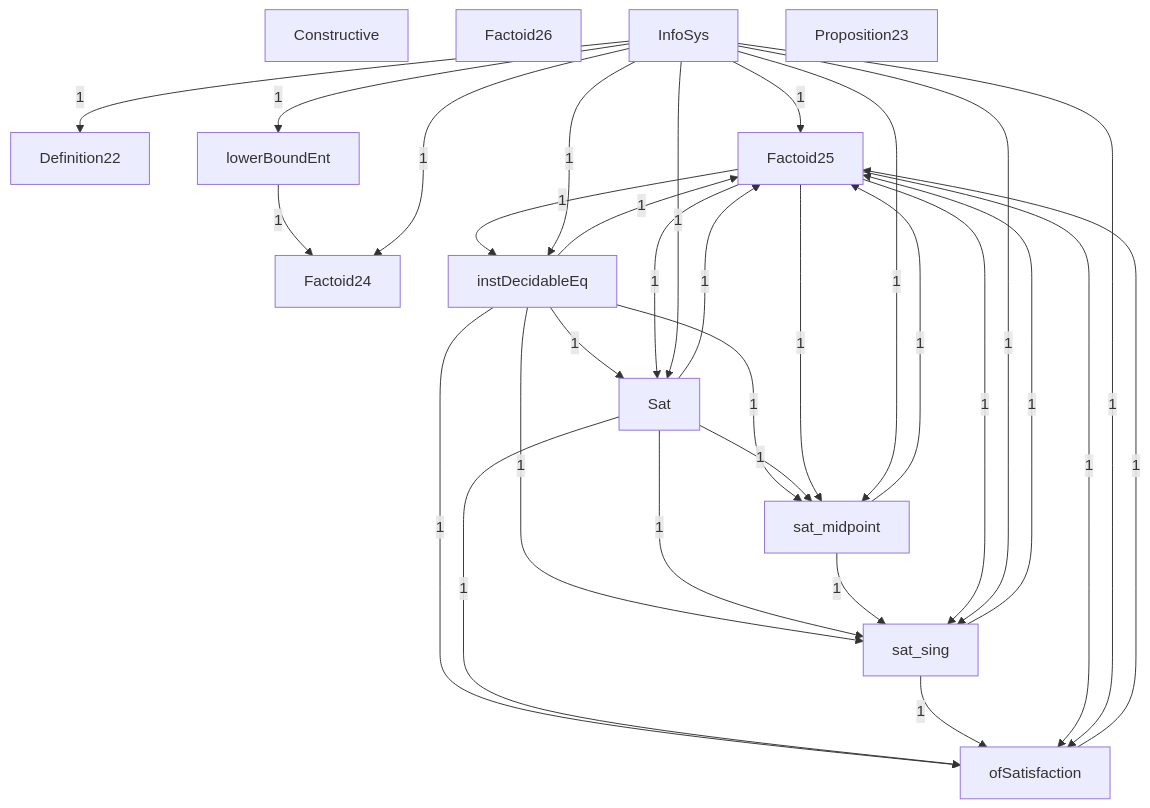
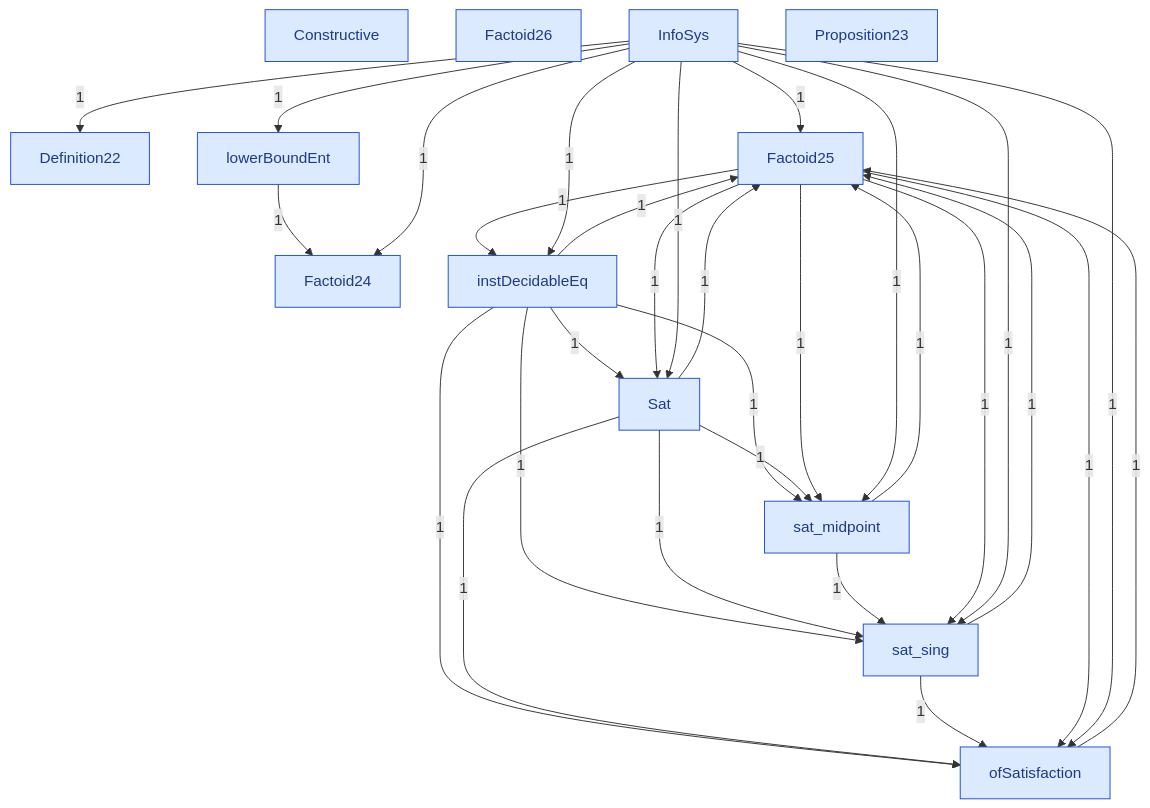
The diagram in DomainTheory/InformationSystems/InformationSystems/InformationSystems.mermaid (catskillsresearch/DomainTheory), drawn with Mermaid before and after one commit. The commit also changed 220 other files, not shown here.

```diff
--- a/DomainTheory/InformationSystems/InformationSystems/InformationSystems.mermaid
+++ b/DomainTheory/InformationSystems/InformationSystems/InformationSystems.mermaid
@@ -1,51 +1,64 @@
 %% Inside InformationSystems. A box is one Lean file in this folder, or one subfolder.
 %% A box named as another folder is that whole folder. A box named as another chapter is that whole chapter.
 %% The arrowhead points at the file or folder that imports. The label is how many direct imports.
 flowchart TB
 
   N1["Constructive"]
   N5["Definition22"]
   N14["Factoid24"]
   N18["Factoid25"]
   N8["Factoid26"]
   N3["InfoSys"]
   N11["instDecidableEq"]
   N13["lowerBoundEnt"]
   N17["ofSatisfaction"]
   N10["Proposition23"]
   N12["Sat"]
   N15["sat_midpoint"]
   N16["sat_sing"]
 
   N18 -->|"1"| N11
   N3 -->|"1"| N11
   N11 -->|"1"| N12
   N18 -->|"1"| N12
   N3 -->|"1"| N12
   N3 -->|"1"| N13
   N13 -->|"1"| N14
   N3 -->|"1"| N14
   N11 -->|"1"| N15
   N12 -->|"1"| N15
   N18 -->|"1"| N15
   N3 -->|"1"| N15
   N11 -->|"1"| N16
   N12 -->|"1"| N16
   N15 -->|"1"| N16
   N18 -->|"1"| N16
   N3 -->|"1"| N16
   N11 -->|"1"| N17
   N12 -->|"1"| N17
   N16 -->|"1"| N17
   N18 -->|"1"| N17
   N3 -->|"1"| N17
   N11 -->|"1"| N18
   N12 -->|"1"| N18
   N15 -->|"1"| N18
   N16 -->|"1"| N18
   N17 -->|"1"| N18
   N3 -->|"1"| N18
   N3 -->|"1"| N5
 
   classDef file fill:#dbeafe,stroke:#1d4ed8,color:#1e3a8a
   classDef ext fill:#f3f4f6,stroke:#374151,color:#111827
+  class N1 file
+  class N10 file
+  class N11 file
+  class N12 file
+  class N13 file
+  class N14 file
+  class N15 file
+  class N16 file
+  class N17 file
+  class N18 file
+  class N3 file
+  class N5 file
+  class N8 file
```
